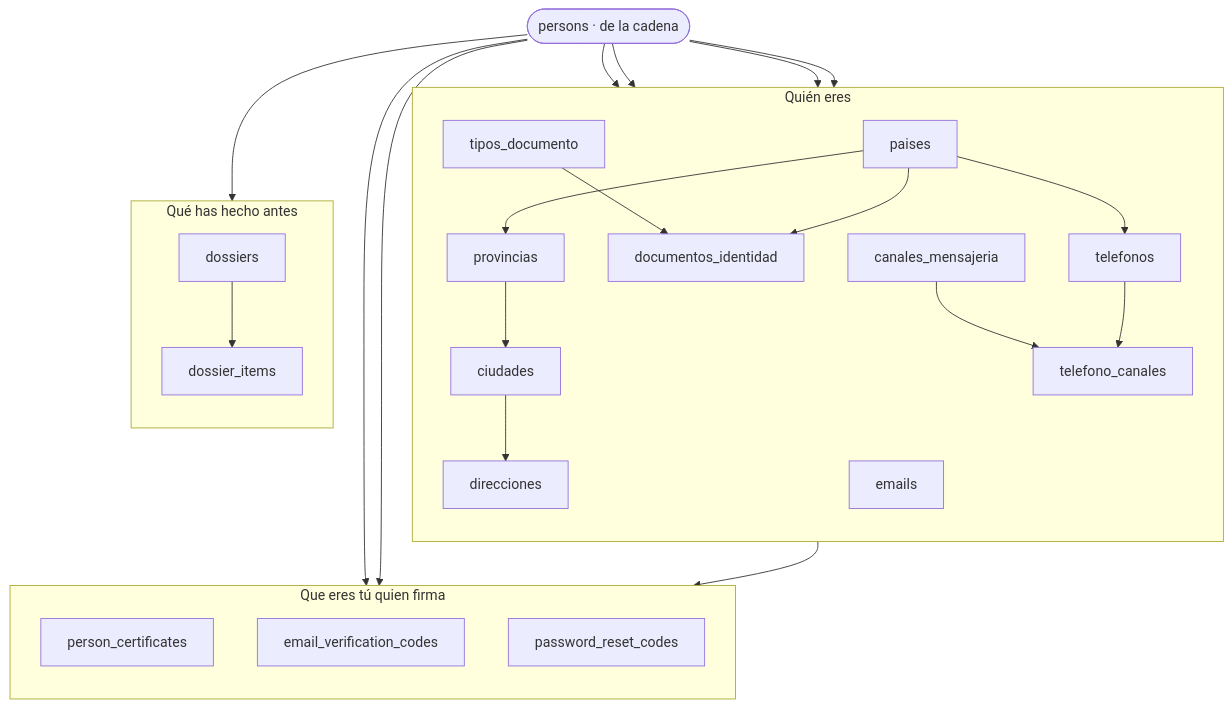
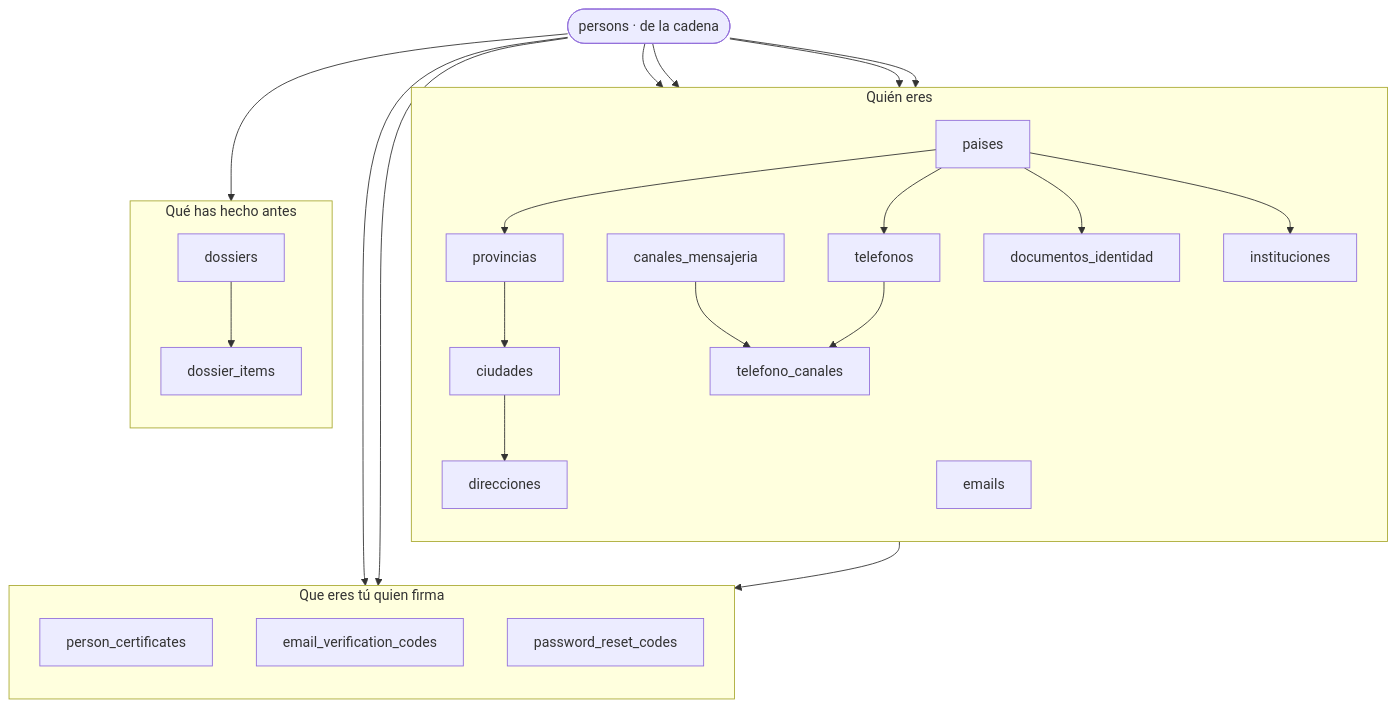
One commit to fresvel/deasy changed the first of 3 diagrams in docs/src/content/docs/complemento/mapa-completo.md. Above: the diagram before and after it, drawn with Mermaid. The commit also changed 4 other files, not shown here.

````diff
--- a/docs/src/content/docs/complemento/mapa-completo.md
+++ b/docs/src/content/docs/complemento/mapa-completo.md
@@ -28,34 +28,35 @@
 ```mermaid
 flowchart TB
   P(["persons · de la cadena"])
   subgraph QUIEN["Quién eres"]
     direction TB
     PA["paises"] --> PV["provincias"]
     PV --> CI["ciudades"]
-    TD["tipos_documento"] --> DI["documentos_identidad"]
+    DI["documentos_identidad"]
     CI --> DIR["direcciones"]
     CM["canales_mensajeria"] --> TC["telefono_canales"]
     TE["telefonos"] --> TC
     EM["emails"]
     PA --> DI
     PA --> TE
+    PA --> IN["instituciones"]
   end
   subgraph CRED["Que eres tú quien firma"]
     direction TB
     PC["person_certificates"]
     EVC["email_verification_codes"]
     PRC["password_reset_codes"]
   end
   subgraph EXP["Qué has hecho antes"]
     direction TB
     DO["dossiers"] --> DIT["dossier_items"]
   end
   P --> DI
   P --> EM
   P --> TE
   P --> DIR
   P --> PC
   P --> PRC
   P --> DO
   EM --> EVC
 ```
````
